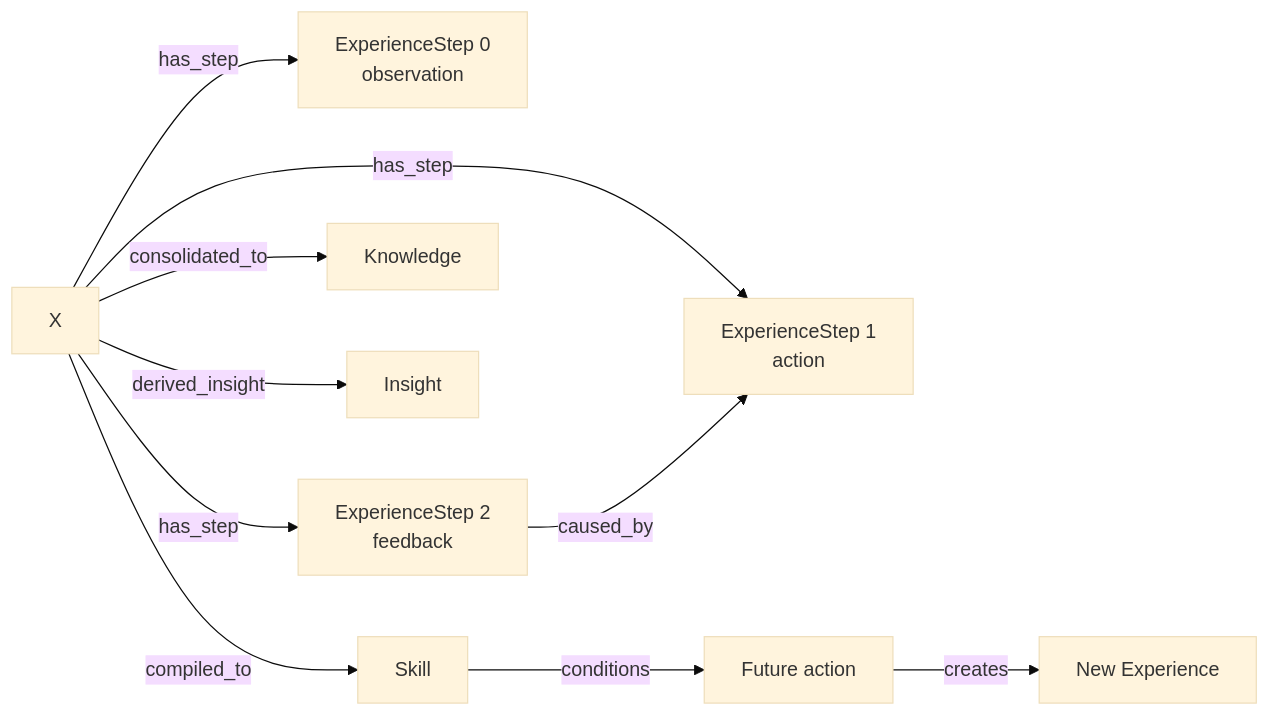
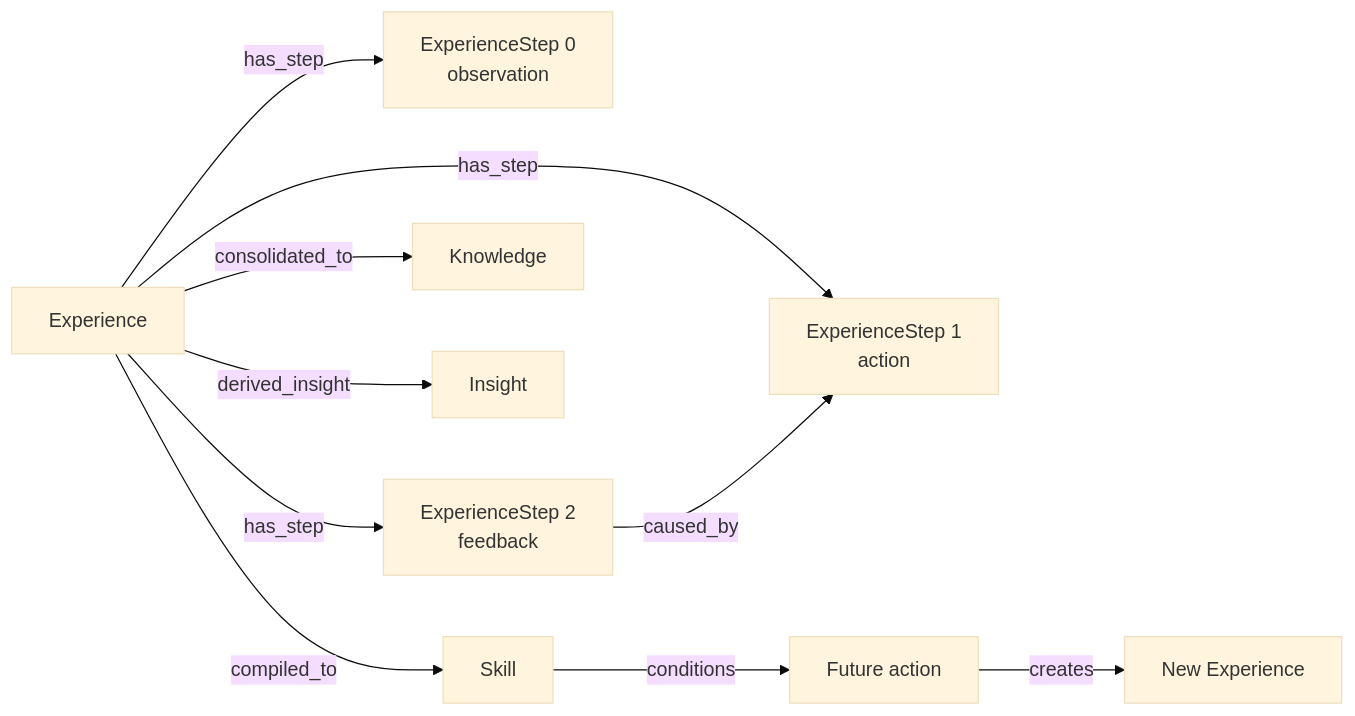
One commit to ldclabs/KIP changed the diagram in README.md. Above: the diagram before and after it, drawn with Mermaid (base theme). The commit also changed 18 other files, not shown here.

````diff
--- a/README.md
+++ b/README.md
@@ -130,12 +130,12 @@
 ```mermaid
 graph LR
-    X -->|"has_step"| S1["ExperienceStep 0<br/>observation"]
+    X["Experience"] -->|"has_step"| S1["ExperienceStep 0<br/>observation"]
     X -->|"has_step"| S2["ExperienceStep 1<br/>action"]
     X -->|"has_step"| S3["ExperienceStep 2<br/>feedback"]
     S3 -->|"caused_by"| S2
     X -->|"consolidated_to"| K["Knowledge"]
     X -->|"derived_insight"| I["Insight"]
     X -->|"compiled_to"| P["Skill"]
     P -->|"conditions"| A["Future action"]
     A -->|"creates"| NX["New Experience"]
 ```
````
